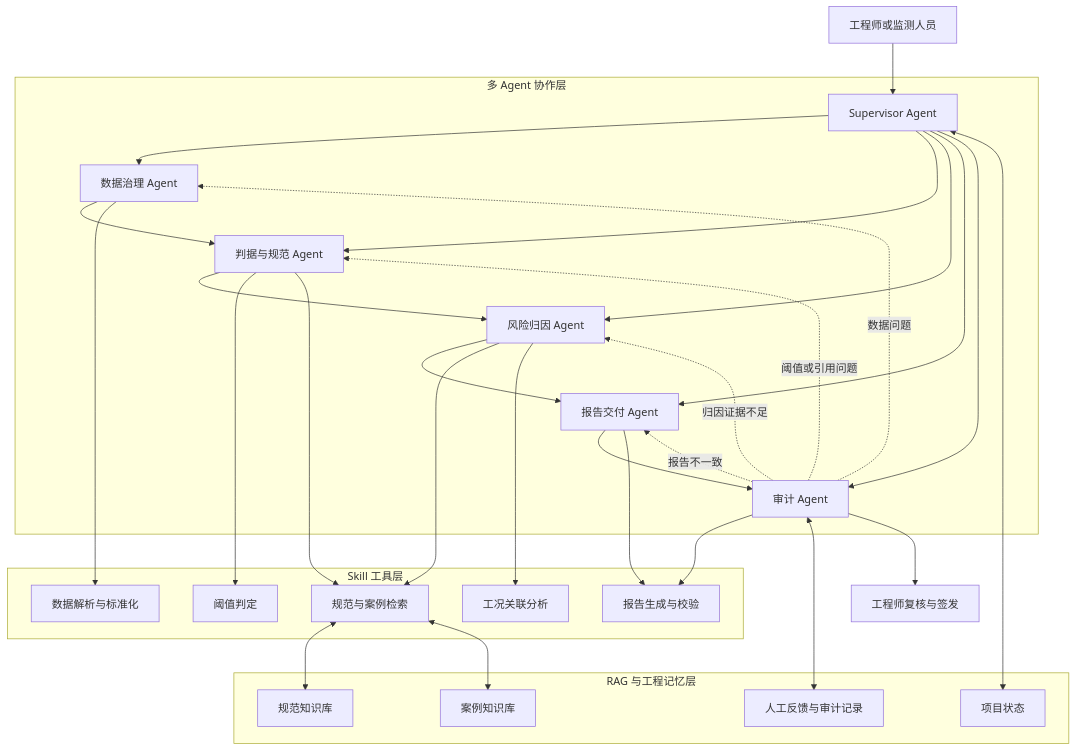
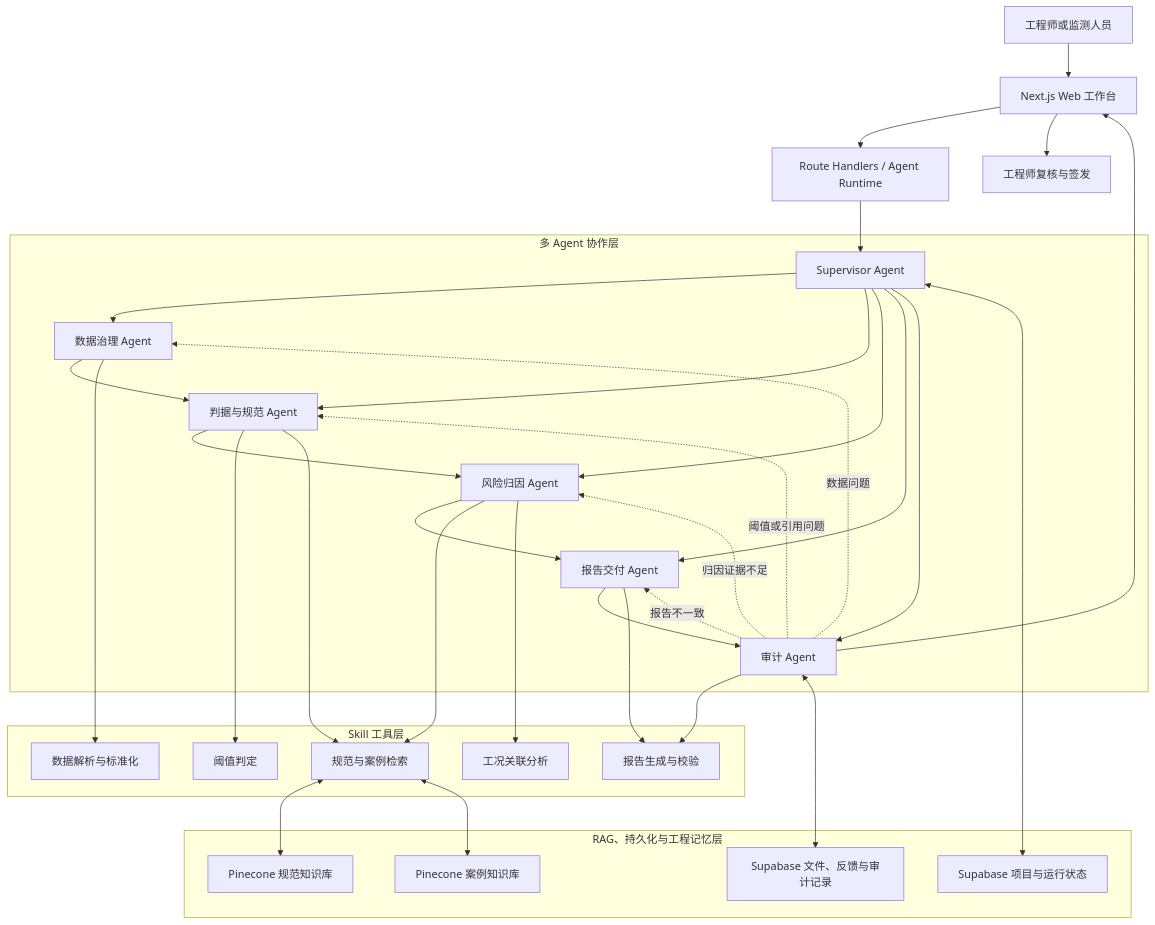
The first of 2 diagrams in 方案与迭代note/框架demo.md (abreeezol/ExcavaGuard), drawn with Mermaid before and after one commit. The commit also changed other lines of this file and 5 other files, not shown here.

````diff
--- a/方案与迭代note/框架demo.md
+++ b/方案与迭代note/框架demo.md
@@ -20,52 +21,55 @@
 ```mermaid
 flowchart TB
-    U[工程师或监测人员] --> S[Supervisor Agent]
+    U[工程师或监测人员] --> W[Next.js Web 工作台]
+    W --> API[Route Handlers / Agent Runtime]
+    API --> S[Supervisor Agent]
 
     subgraph A[多 Agent 协作层]
         S --> D[数据治理 Agent]
         S --> J[判据与规范 Agent]
         S --> C[风险归因 Agent]
         S --> R[报告交付 Agent]
         S --> Q[审计 Agent]
 
         D --> J
         J --> C
         C --> R
         R --> Q
 
         Q -. 数据问题 .-> D
         Q -. 阈值或引用问题 .-> J
         Q -. 归因证据不足 .-> C
         Q -. 报告不一致 .-> R
     end
 
     subgraph K[Skill 工具层]
         K1[数据解析与标准化]
         K2[阈值判定]
         K3[规范与案例检索]
         K4[工况关联分析]
         K5[报告生成与校验]
     end
 
-    subgraph M[RAG 与工程记忆层]
-        M1[规范知识库]
-        M2[案例知识库]
-        M3[项目状态]
-        M4[人工反馈与审计记录]
+    subgraph M[RAG、持久化与工程记忆层]
+        M1[Pinecone 规范知识库]
+        M2[Pinecone 案例知识库]
+        M3[Supabase 项目与运行状态]
+        M4[Supabase 文件、反馈与审计记录]
     end
 
     D --> K1
     J --> K2
     J --> K3
     C --> K3
     C --> K4
     R --> K5
     Q --> K5
 
     K3 <--> M1
     K3 <--> M2
     S <--> M3
     Q <--> M4
 
-    Q --> H[工程师复核与签发]
+    Q --> W
+    W --> H[工程师复核与签发]
 ```
````
